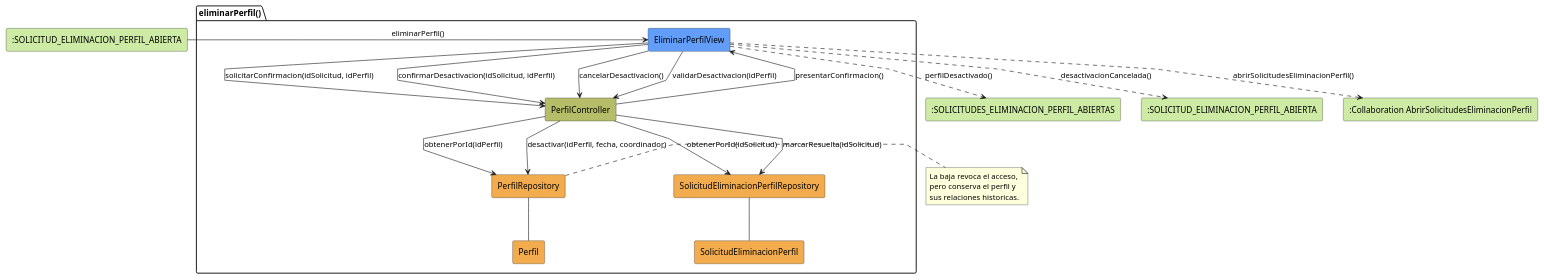
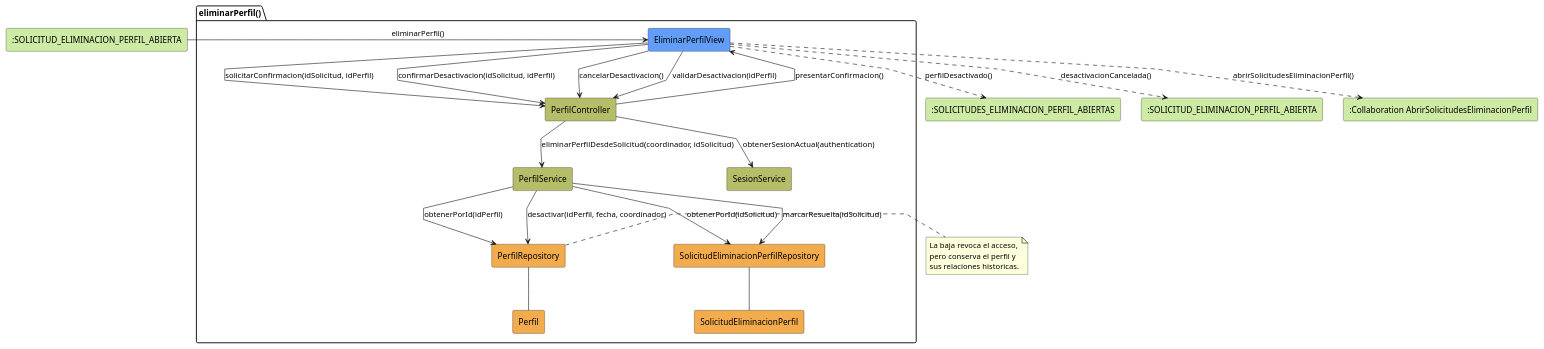
One commit to beatriizorozco/25-26-idsw2-sdVC changed the diagram in RUP/01-analisis/casos-uso/coordinador/eliminarPerfil/colaboracion.puml. Above: the diagram before and after it, drawn with PlantUML. The commit also changed 71 other files, not shown here.

```diff
--- a/RUP/01-analisis/casos-uso/coordinador/eliminarPerfil/colaboracion.puml
+++ b/RUP/01-analisis/casos-uso/coordinador/eliminarPerfil/colaboracion.puml
@@ -1,41 +1,45 @@
 @startuml eliminarPerfil-analisis
 skinparam linetype polyline
 
 rectangle #CDEBA5 ":SOLICITUD_ELIMINACION_PERFIL_ABIERTA" as EstadoEntrada
 package eliminarPerfil as "eliminarPerfil()" {
     rectangle #629EF9 EliminarPerfilView
     rectangle #b5bd68 PerfilController
+    rectangle #b5bd68 PerfilService
+    rectangle #b5bd68 SesionService
     rectangle #F2AC4E PerfilRepository
     rectangle #F2AC4E Perfil
     rectangle #F2AC4E SolicitudEliminacionPerfilRepository
     rectangle #F2AC4E SolicitudEliminacionPerfil
 }
 
 rectangle #CDEBA5 ":SOLICITUDES_ELIMINACION_PERFIL_ABIERTAS" as EstadoSalidaExitosa
 rectangle #CDEBA5 ":SOLICITUD_ELIMINACION_PERFIL_ABIERTA" as EstadoSalidaCancelada
 rectangle #CDEBA5 ":Collaboration AbrirSolicitudesEliminacionPerfil" as AbrirSolicitudesEliminacionPerfil
 
 EstadoEntrada -r-> EliminarPerfilView: eliminarPerfil()
 
 EliminarPerfilView -d-> PerfilController: solicitarConfirmacion(idSolicitud, idPerfil)
+PerfilController --> SesionService: obtenerSesionActual(authentication)
+PerfilController --> PerfilService: eliminarPerfilDesdeSolicitud(coordinador, idSolicitud)
 PerfilController --> EliminarPerfilView: presentarConfirmacion()
 EliminarPerfilView --> PerfilController: confirmarDesactivacion(idSolicitud, idPerfil)
 EliminarPerfilView --> PerfilController: cancelarDesactivacion()
 EliminarPerfilView --> PerfilController: validarDesactivacion(idPerfil)
-PerfilController --> SolicitudEliminacionPerfilRepository: obtenerPorId(idSolicitud)
-PerfilController --> PerfilRepository: obtenerPorId(idPerfil)
-PerfilController --> PerfilRepository: desactivar(idPerfil, fecha, coordinador)
-PerfilController --> SolicitudEliminacionPerfilRepository: marcarResuelta(idSolicitud)
+PerfilService --> SolicitudEliminacionPerfilRepository: obtenerPorId(idSolicitud)
+PerfilService --> PerfilRepository: obtenerPorId(idPerfil)
+PerfilService --> PerfilRepository: desactivar(idPerfil, fecha, coordinador)
+PerfilService --> SolicitudEliminacionPerfilRepository: marcarResuelta(idSolicitud)
 PerfilRepository -- Perfil
 SolicitudEliminacionPerfilRepository -- SolicitudEliminacionPerfil
 EliminarPerfilView ..> EstadoSalidaExitosa: perfilDesactivado()
 EliminarPerfilView ..> EstadoSalidaCancelada: desactivacionCancelada()
 EliminarPerfilView ..> AbrirSolicitudesEliminacionPerfil: abrirSolicitudesEliminacionPerfil()
 
 note right of PerfilRepository
 La baja revoca el acceso,
 pero conserva el perfil y
 sus relaciones historicas.
 end note
 
 @enduml
```
